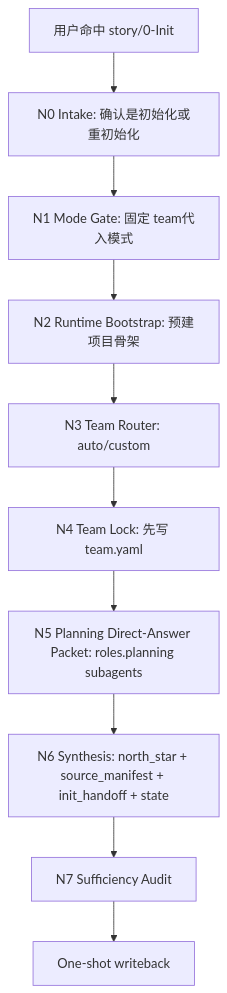
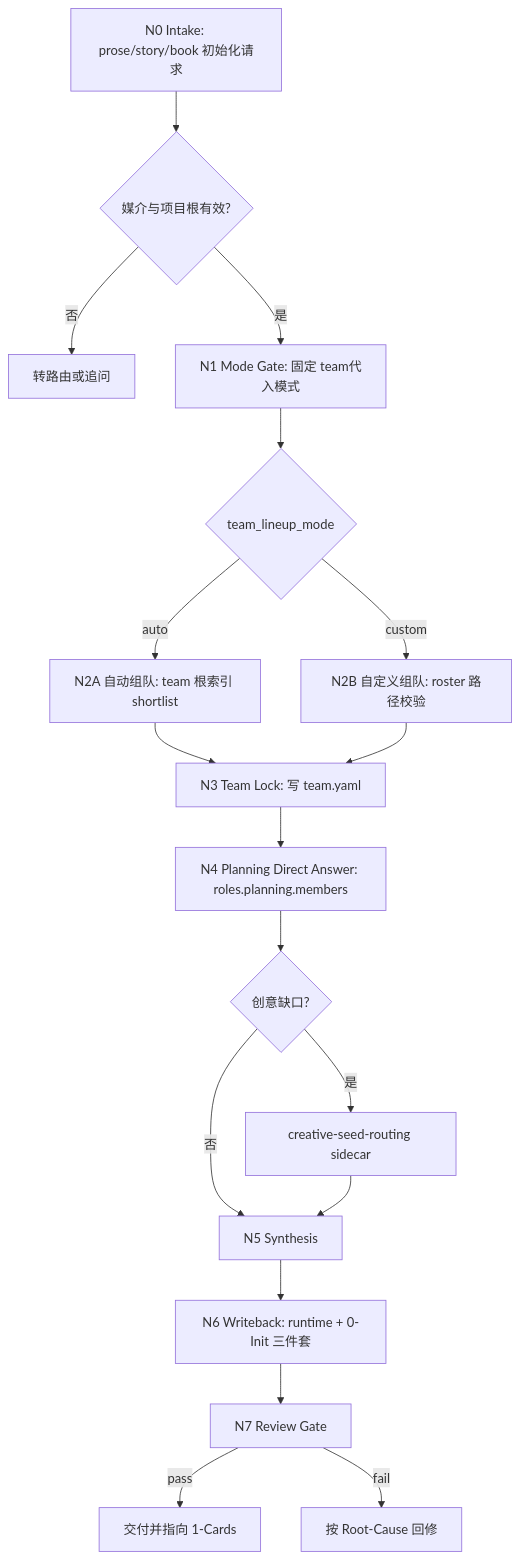
Before and after one commit to ZEN-VOID/AI-CUT: the first of 3 diagrams in .agents/skills/story/0-Init/SKILL.md, drawn with Mermaid. The commit also changed other lines of this file and 526 other files, not shown here.

````diff
--- a/.agents/skills/story/0-Init/SKILL.md
+++ b/.agents/skills/story/0-Init/SKILL.md
@@ -103,12 +91,20 @@
 ```mermaid
 flowchart TD
-    A["用户命中 story/0-Init"] --> B["N0 Intake: 确认是初始化或重初始化"]
-    B --> C["N1 Mode Gate: 固定 team代入模式"]
-    C --> D["N2 Runtime Bootstrap: 预建项目骨架"]
-    D --> E["N3 Team Router: auto/custom"]
-    E --> F["N4 Team Lock: 先写 team.yaml"]
-    F --> G["N5 Planning Direct-Answer Packet: roles.planning subagents"]
-    G --> H["N6 Synthesis: north_star + source_manifest + init_handoff + state"]
-    H --> I["N7 Sufficiency Audit"]
-    I --> J["One-shot writeback"]
+    A["N0 Intake: prose/story/book 初始化请求"] --> B{"媒介与项目根有效?"}
+    B -->|"否"| X["转路由或追问"]
+    B -->|"是"| C["N1 Mode Gate: 固定 team代入模式"]
+    C --> D{"team_lineup_mode"}
+    D -->|"auto"| E["N2A 自动组队: team 根索引 shortlist"]
+    D -->|"custom"| F["N2B 自定义组队: roster 路径校验"]
+    E --> G["N3 Team Lock: 写 team.yaml"]
+    F --> G
+    G --> H["N4 Planning Direct Answer: roles.planning.members"]
+    H --> I{"创意缺口?"}
+    I -->|"是"| J["creative-seed-routing sidecar"]
+    I -->|"否"| K["N5 Synthesis"]
+    J --> K
+    K --> L["N6 Writeback: runtime + 0-Init 三件套"]
+    L --> M["N7 Review Gate"]
+    M -->|"pass"| N["交付并指向 1-Cards"]
+    M -->|"fail"| O["按 Root-Cause 回修"]
 ```
````
